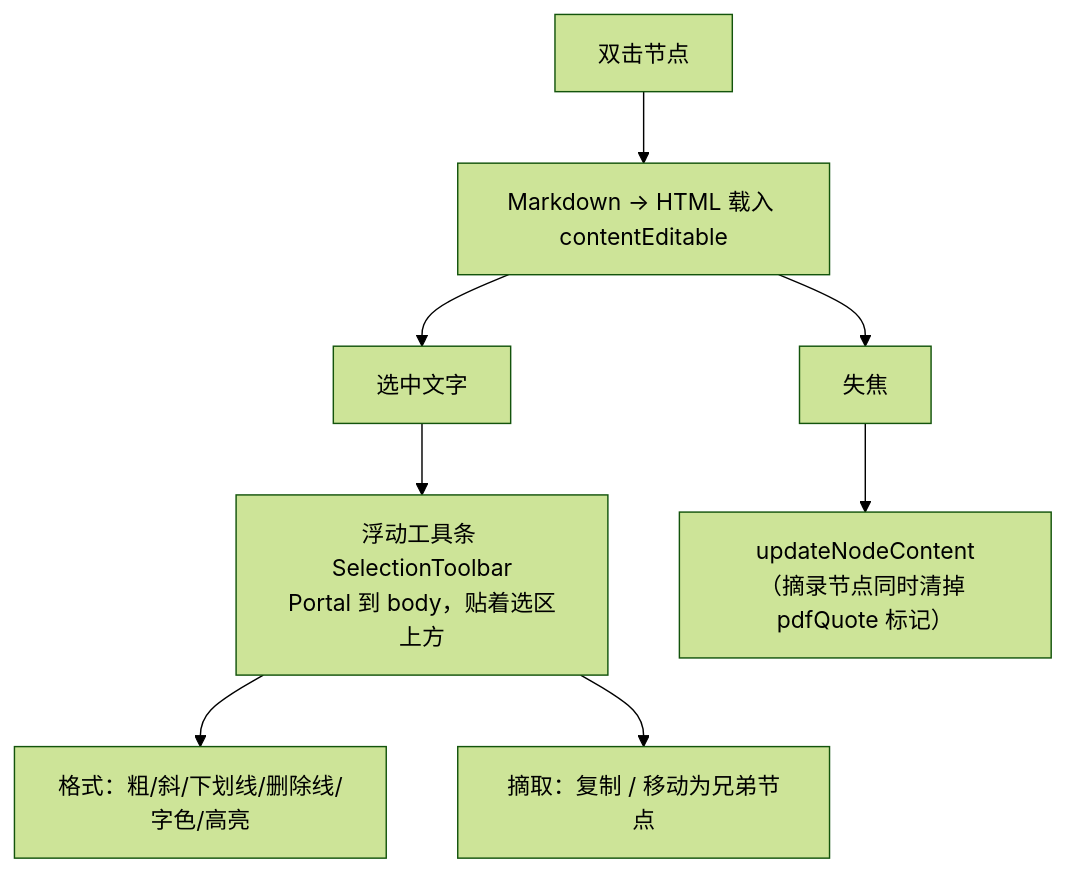
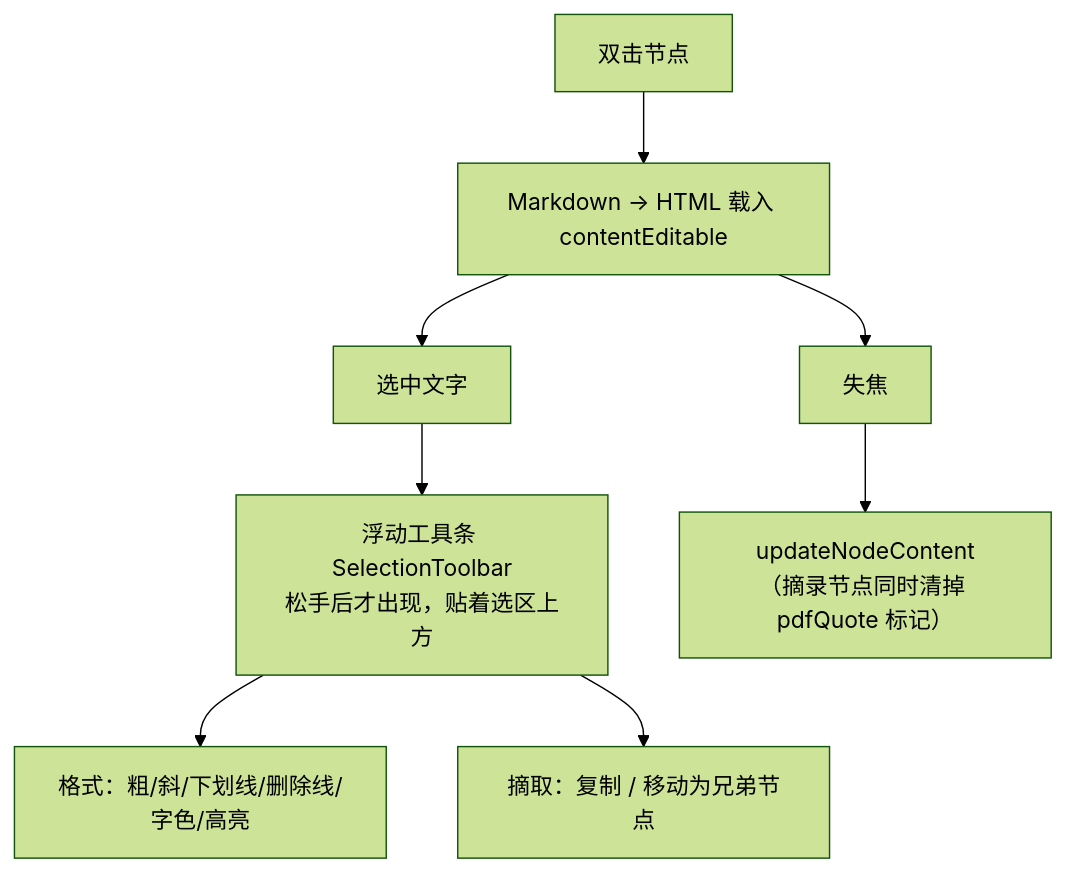
Before and after one commit to ozzzzzh/Prunus: diagram 11 of 22 in docs/ARCHITECTURE.md, drawn with Mermaid (forest theme). The commit also changed other lines of this file and 2 other files, not shown here.

Commit message:
1.Update main canvas selection toolbar

````diff
--- a/docs/ARCHITECTURE.md
+++ b/docs/ARCHITECTURE.md
@@ -490,9 +490,9 @@
 ```mermaid
 flowchart TD
   A["双击节点"] --> B["Markdown → HTML 载入 contentEditable"]
   B --> C["选中文字"]
-  C --> D["浮动工具条 SelectionToolbar<br/>Portal 到 body，贴着选区上方"]
+  C --> D["浮动工具条 SelectionToolbar<br/>松手后才出现，贴着选区上方"]
   D --> E1["格式：粗/斜/下划线/删除线/字色/高亮"]
   D --> E2["摘取：复制 / 移动为兄弟节点"]
   B --> F["失焦"] --> G["updateNodeContent<br/>（摘录节点同时清掉 pdfQuote 标记）"]
 ```
````
